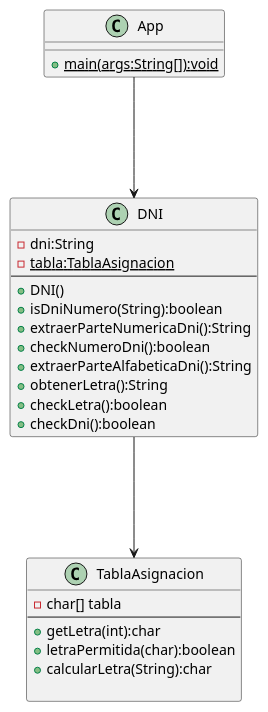
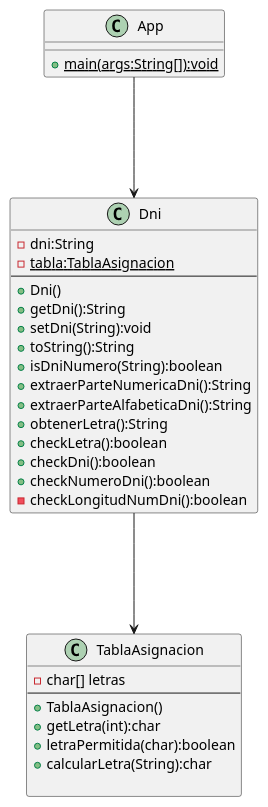
Before and after one commit to BreisOne/dni-refactoring-kata: the diagram in UML_diagram_DNI.puml, drawn with PlantUML. The commit also changed 1 other file, not shown here.

Commit message:
feat(readme.md): UML diagram updated

```diff
--- a/UML_diagram_DNI.puml
+++ b/UML_diagram_DNI.puml
@@ -1,34 +1,39 @@
 @startuml
 'https://plantuml.com/sequence-diagram
 
-App ---> DNI
-DNI ---> TablaAsignacion
+App ---> Dni
+Dni ---> TablaAsignacion
 
 class App {
     {static}+main(args:String[]):void
 }
 
-class DNI{
+class Dni{
     -dni:String
     -{static}tabla:TablaAsignacion
     --
-    +DNI()
+    +Dni()
+    +getDni():String
+    +setDni(String):void
+    +toString():String
     +isDniNumero(String):boolean
     +extraerParteNumericaDni():String
-    +checkNumeroDni():boolean
     +extraerParteAlfabeticaDni():String
     +obtenerLetra():String
     +checkLetra():boolean
     +checkDni():boolean
+    +checkNumeroDni():boolean
+    -checkLongitudNumDni():boolean
 }
 
 class TablaAsignacion{
-    -char[] tabla
+    -char[] letras
     --
+    +TablaAsignacion()
     +getLetra(int):char
     +letraPermitida(char):boolean
     +calcularLetra(String):char
 
 }
 
 @enduml
```
